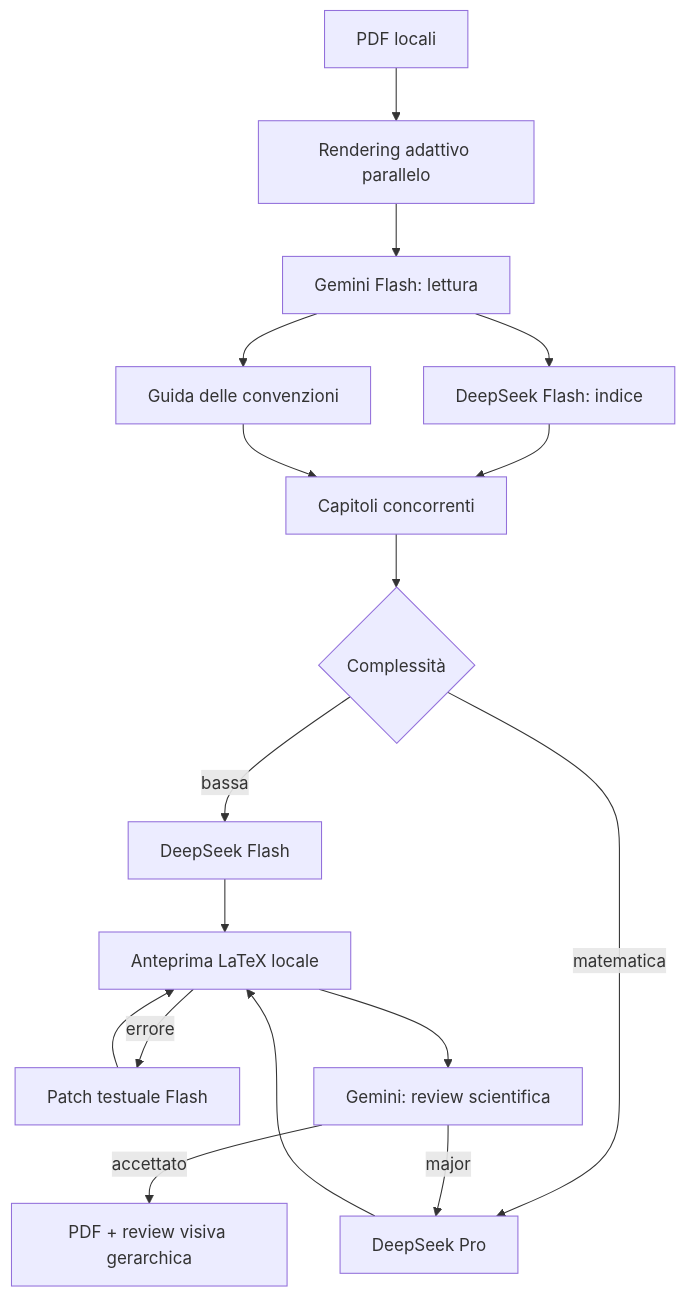
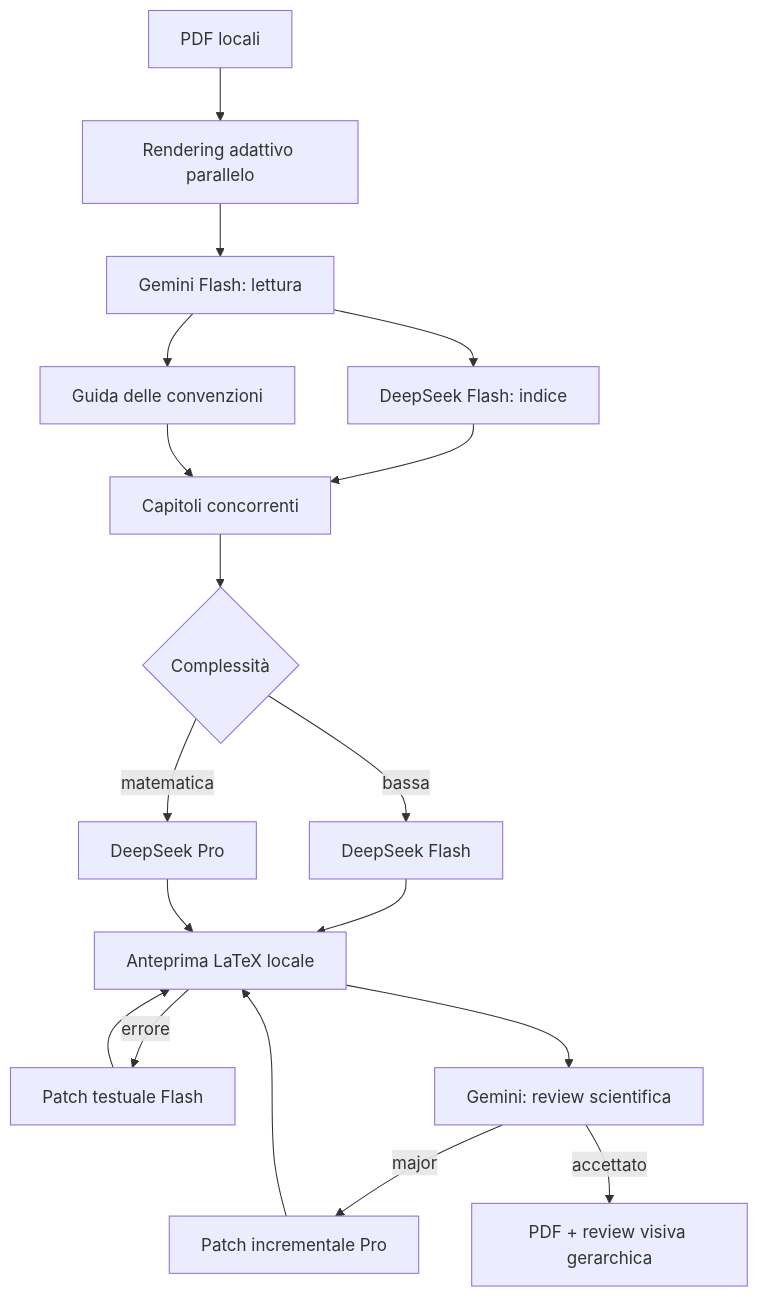
One commit to infostoreoverline-cell/study_genius_completo changed the diagram in docs/OTTIMIZZAZIONE.md. Above: the diagram before and after it, drawn with Mermaid. The commit also changed other lines of this file and 13 other files, not shown here.

````diff
--- a/docs/OTTIMIZZAZIONE.md
+++ b/docs/OTTIMIZZAZIONE.md
@@ -46,19 +56,20 @@
 ```mermaid
 flowchart TD
     A[PDF locali] --> B[Rendering adattivo parallelo]
     B --> C[Gemini Flash: lettura]
     C --> D[DeepSeek Flash: indice]
     C --> E[Guida delle convenzioni]
     D --> F[Capitoli concorrenti]
     E --> F
     F --> G{Complessità}
     G -->|bassa| H[DeepSeek Flash]
     G -->|matematica| I[DeepSeek Pro]
     H --> K[Anteprima LaTeX locale]
     I --> K
     K -->|errore| L[Patch testuale Flash]
     L --> K
     K --> J[Gemini: review scientifica]
-    J -->|major| I
+    J -->|major| N[Patch incrementale Pro]
+    N --> K
     J -->|accettato| M[PDF + review visiva gerarchica]
 ```
````
